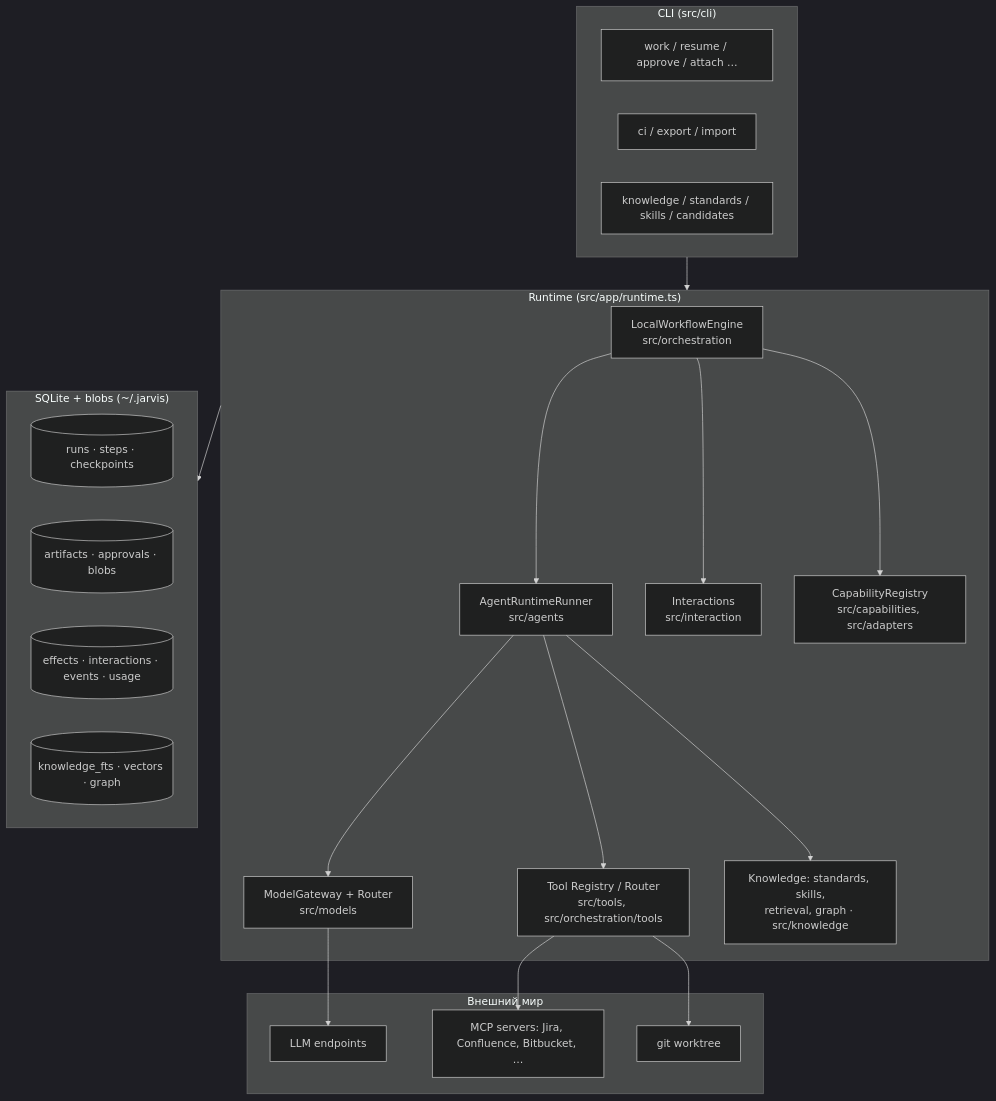
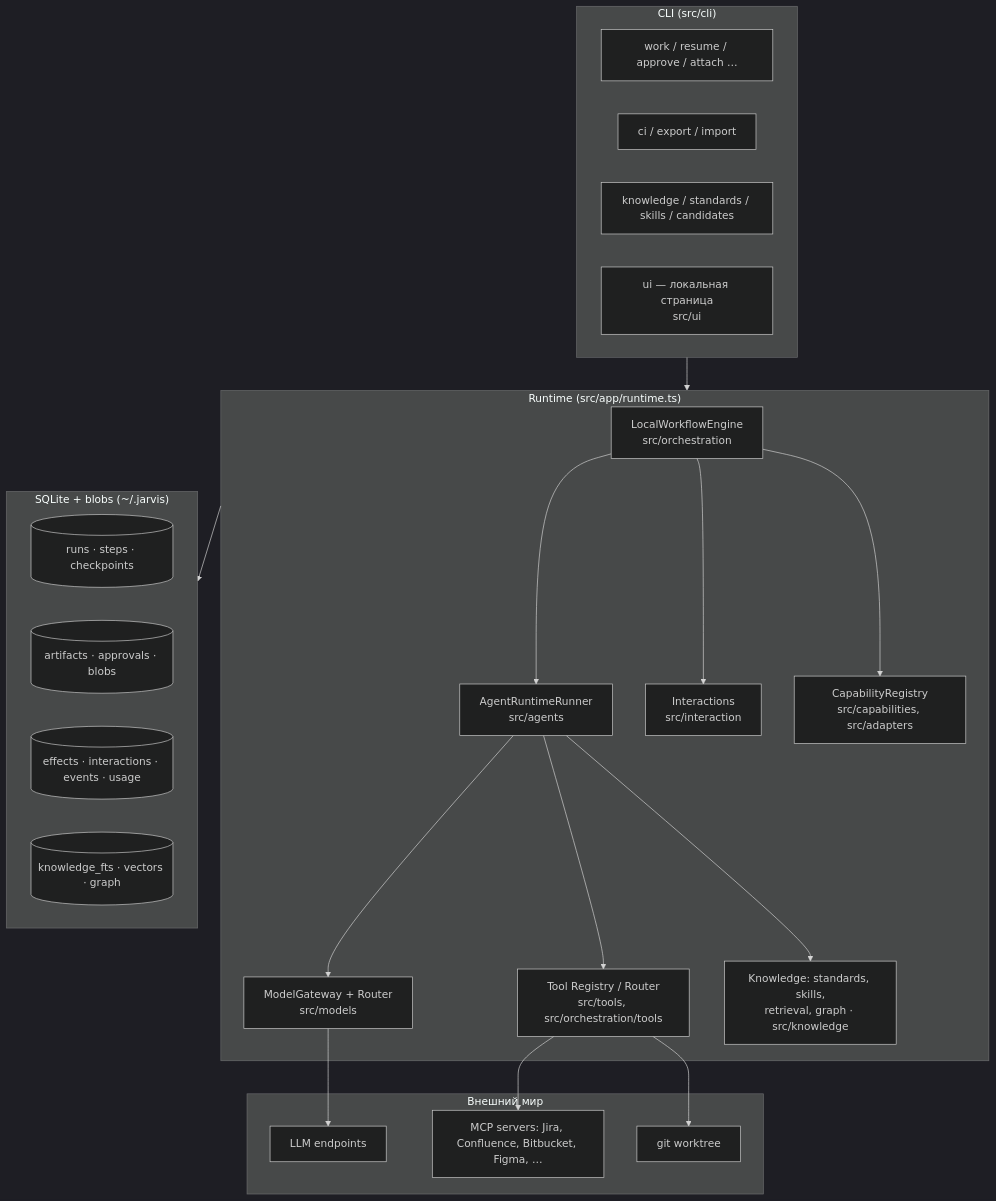
The diagram in docs/overview.md (mxmvshnvsk/jarvis-harness), drawn with Mermaid (dark theme) before and after one commit. The commit also changed other lines of this file and 13 other files, not shown here.

````diff
--- a/docs/overview.md
+++ b/docs/overview.md
@@ -13,36 +13,37 @@
 ```mermaid
 flowchart TB
   subgraph CLI["CLI (src/cli)"]
     work[work / resume / approve / attach …]
     ci[ci / export / import]
     kn[knowledge / standards / skills / candidates]
+    ui[ui — локальная страница<br/>src/ui]
   end
   subgraph App["Runtime (src/app/runtime.ts)"]
     engine[LocalWorkflowEngine<br/>src/orchestration]
     agents[AgentRuntimeRunner<br/>src/agents]
     gateway[ModelGateway + Router<br/>src/models]
     tools[Tool Registry / Router<br/>src/tools, src/orchestration/tools]
     inter[Interactions<br/>src/interaction]
     know[Knowledge: standards, skills,<br/>retrieval, graph · src/knowledge]
     caps[CapabilityRegistry<br/>src/capabilities, src/adapters]
   end
   subgraph Storage["SQLite + blobs (~/.jarvis)"]
     runs[(runs · steps · checkpoints)]
     arts[(artifacts · approvals · blobs)]
     eff[(effects · interactions · events · usage)]
     idx[(knowledge_fts · vectors · graph)]
   end
   subgraph Outside["Внешний мир"]
     llm[LLM endpoints]
-    mcp[MCP servers: Jira, Confluence, Bitbucket, …]
+    mcp[MCP servers: Jira, Confluence, Bitbucket, Figma, …]
     git[git worktree]
   end
   CLI --> App
   engine --> agents --> gateway --> llm
   agents --> tools --> mcp
   tools --> git
   engine --> inter
   agents --> know
   engine --> caps
   App --> Storage
 ```
````
